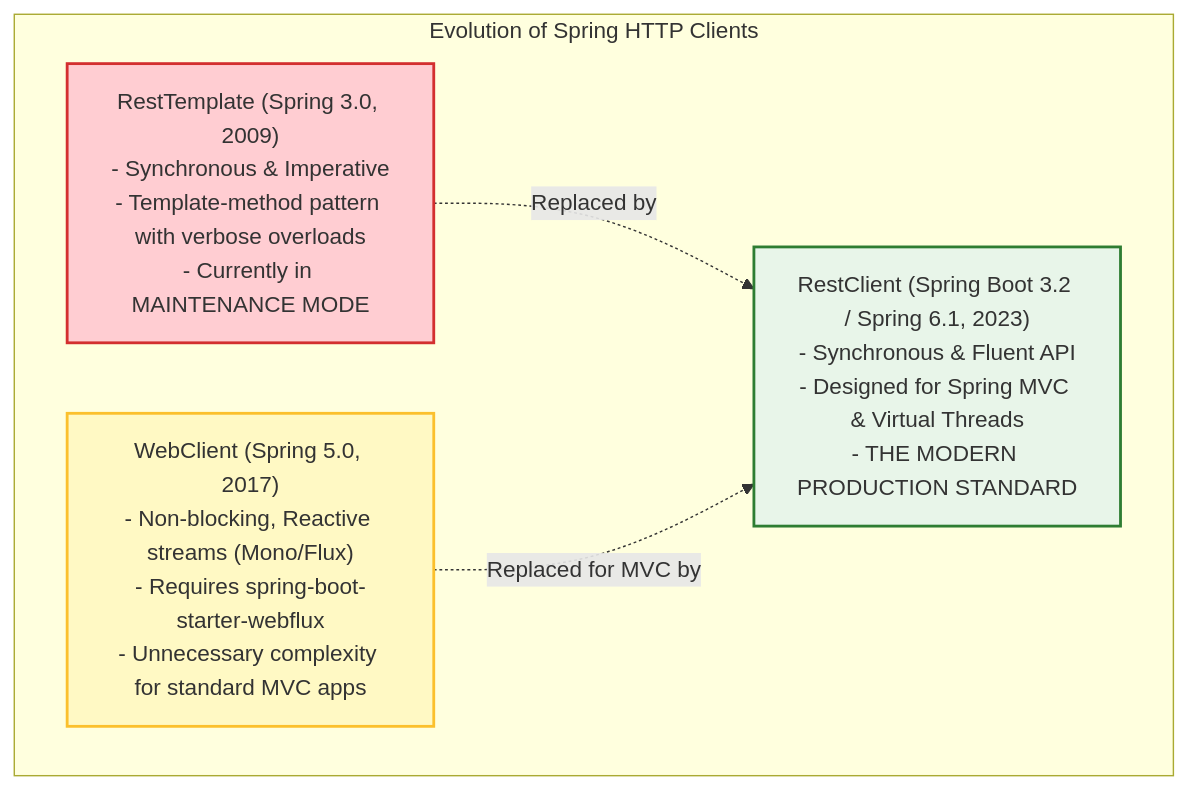
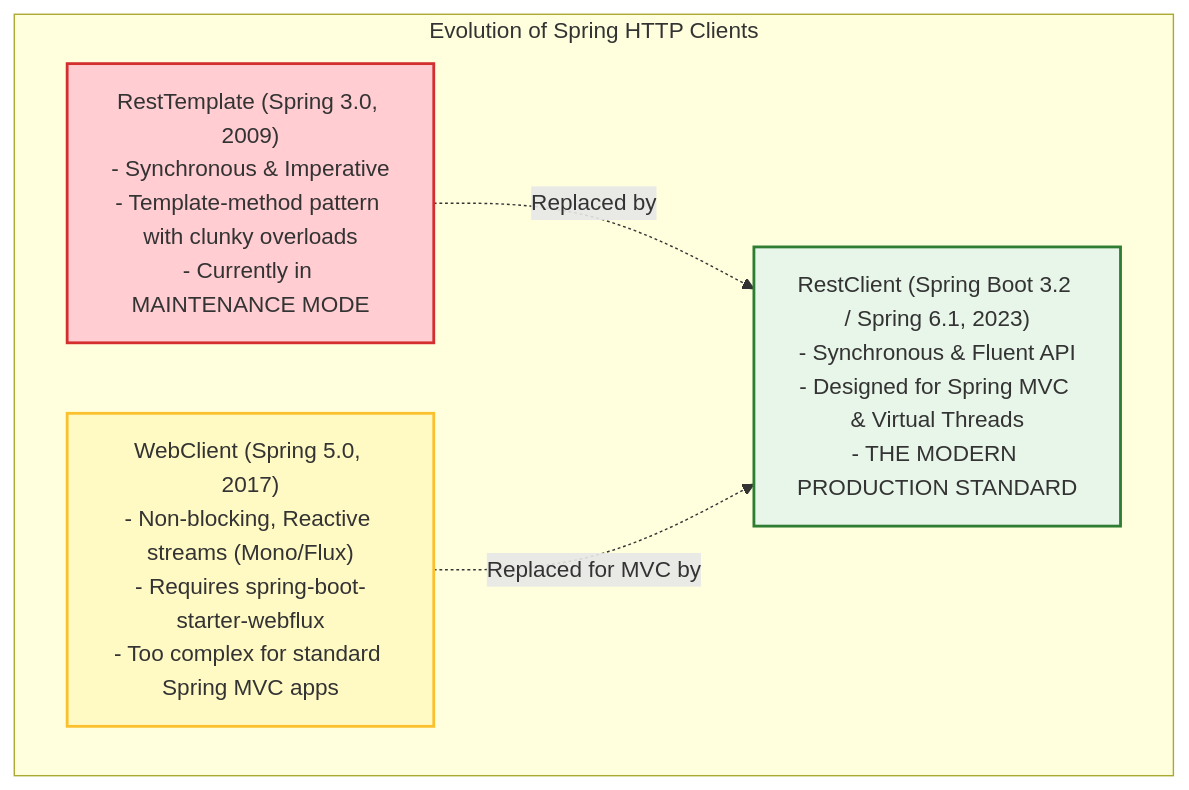
The third of 5 diagrams in docs/spring-boot/restclient-http-interfaces.mdx (weaponxwolf/backend-engineering-mastry), drawn with Mermaid before and after one commit. The commit also changed other lines of this file and 2 other files, not shown here.

Commit message:
docs: enhance Spring Boot documentation for Kafka messaging, Redis cache, and RestClient HTTP interfaces

````diff
--- a/docs/spring-boot/restclient-http-interfaces.mdx
+++ b/docs/spring-boot/restclient-http-interfaces.mdx
@@ -21,14 +67,14 @@
 ```mermaid
 flowchart TD
     subgraph Timeline["Evolution of Spring HTTP Clients"]
-        T1["RestTemplate (Spring 3.0, 2009)<br/>- Synchronous & Imperative<br/>- Template-method pattern with verbose overloads<br/>- Currently in MAINTENANCE MODE"]
-        T2["WebClient (Spring 5.0, 2017)<br/>- Non-blocking, Reactive streams (Mono/Flux)<br/>- Requires spring-boot-starter-webflux<br/>- Unnecessary complexity for standard MVC apps"]
+        T1["RestTemplate (Spring 3.0, 2009)<br/>- Synchronous & Imperative<br/>- Template-method pattern with clunky overloads<br/>- Currently in MAINTENANCE MODE"]
+        T2["WebClient (Spring 5.0, 2017)<br/>- Non-blocking, Reactive streams (Mono/Flux)<br/>- Requires spring-boot-starter-webflux<br/>- Too complex for standard Spring MVC apps"]
         T3["RestClient (Spring Boot 3.2 / Spring 6.1, 2023)<br/>- Synchronous & Fluent API<br/>- Designed for Spring MVC & Virtual Threads<br/>- THE MODERN PRODUCTION STANDARD"]
     end
 
     T1 -.->|Replaced by| T3
     T2 -.->|Replaced for MVC by| T3
     style T1 fill:#ffcdd2,stroke:#d32f2f,stroke-width:2px;
     style T2 fill:#fff9c4,stroke:#fbc02d,stroke-width:2px;
     style T3 fill:#e8f5e9,stroke:#2e7d32,stroke-width:2px;
 ```
````
